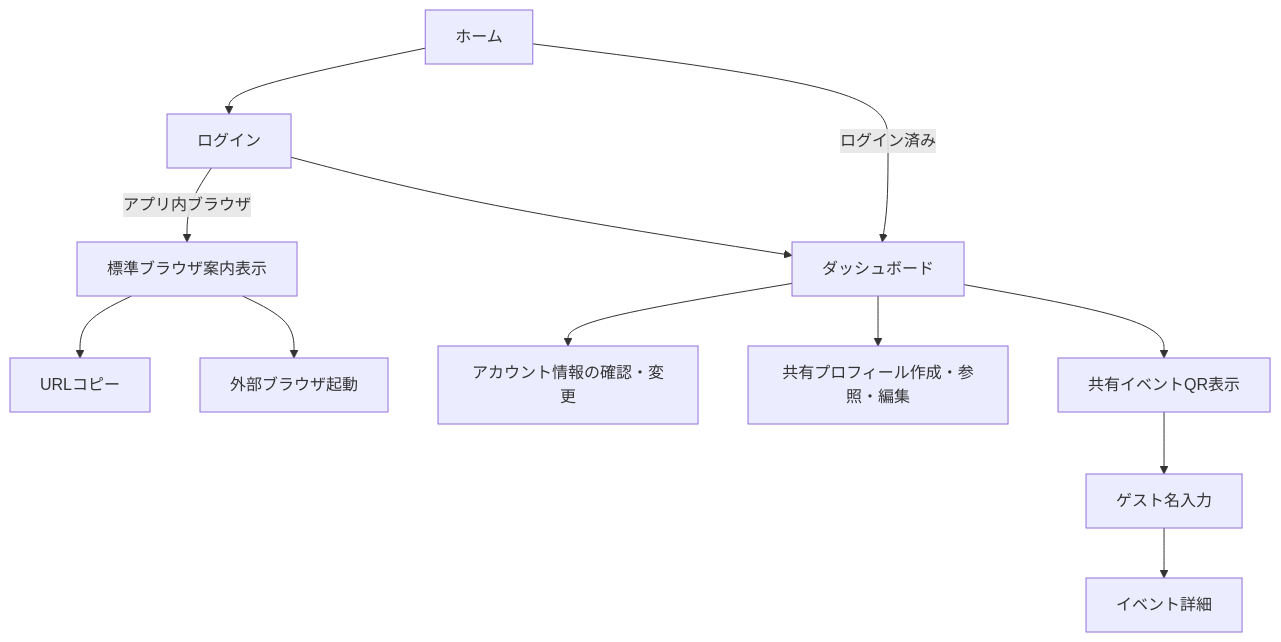
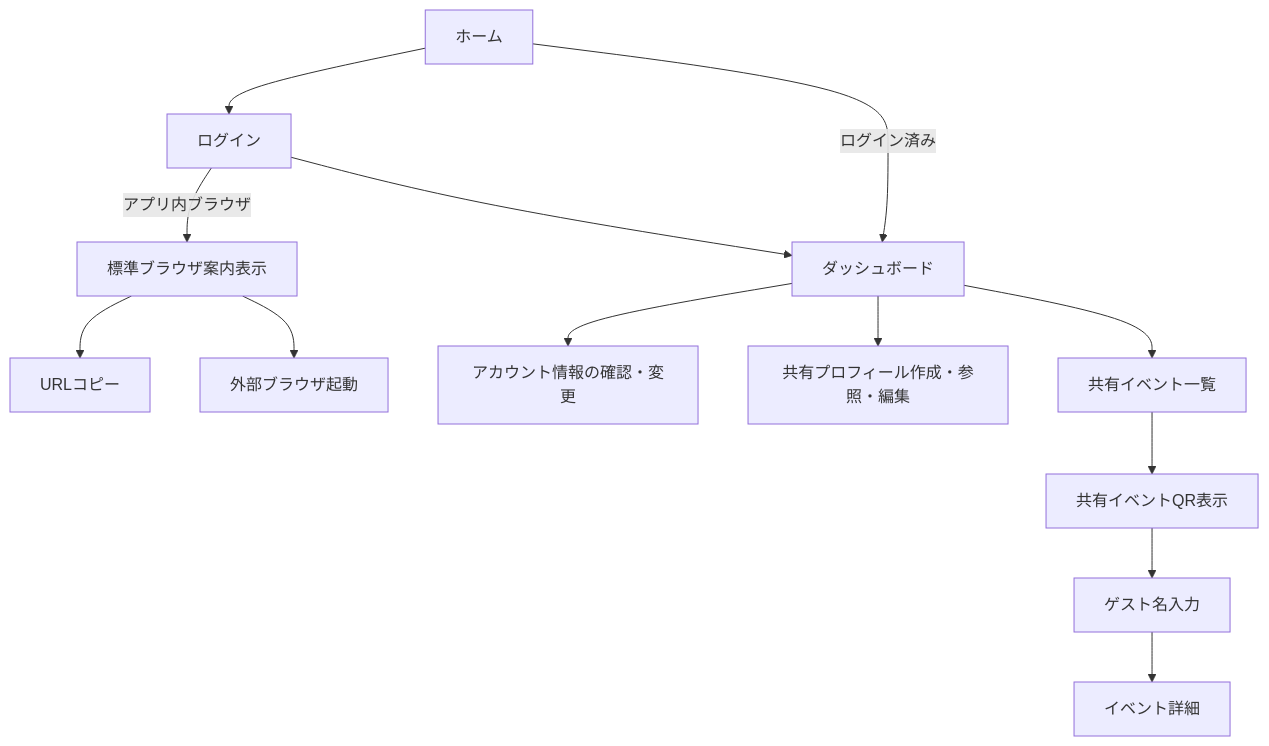
Before and after one commit to NaruSue/OGOA: the first of 2 diagrams in docs/sitemap-and-screens.md, drawn with Mermaid. The commit also changed other lines of this file and 12 other files, not shown here.

````diff
--- a/docs/sitemap-and-screens.md
+++ b/docs/sitemap-and-screens.md
@@ -497,14 +514,15 @@
 ```mermaid
 flowchart TD
     Home["ホーム"] --> Login["ログイン"]
     Home -->|ログイン済み| Dashboard["ダッシュボード"]
     Login --> Dashboard["ダッシュボード"]
     Login -->|アプリ内ブラウザ| BrowserGuide["標準ブラウザ案内表示"]
     BrowserGuide --> CopyUrl["URLコピー"]
     BrowserGuide --> ExternalBrowser["外部ブラウザ起動"]
     Dashboard --> Account["アカウント情報の確認・変更"]
     Dashboard --> ProfileManage["共有プロフィール作成・参照・編集"]
-    Dashboard --> QR["共有イベントQR表示"]
+    Dashboard --> Events["共有イベント一覧"]
+    Events --> QR["共有イベントQR表示"]
     QR --> GuestName["ゲスト名入力"]
     GuestName --> GuestEvent["イベント詳細"]
 ```
````
